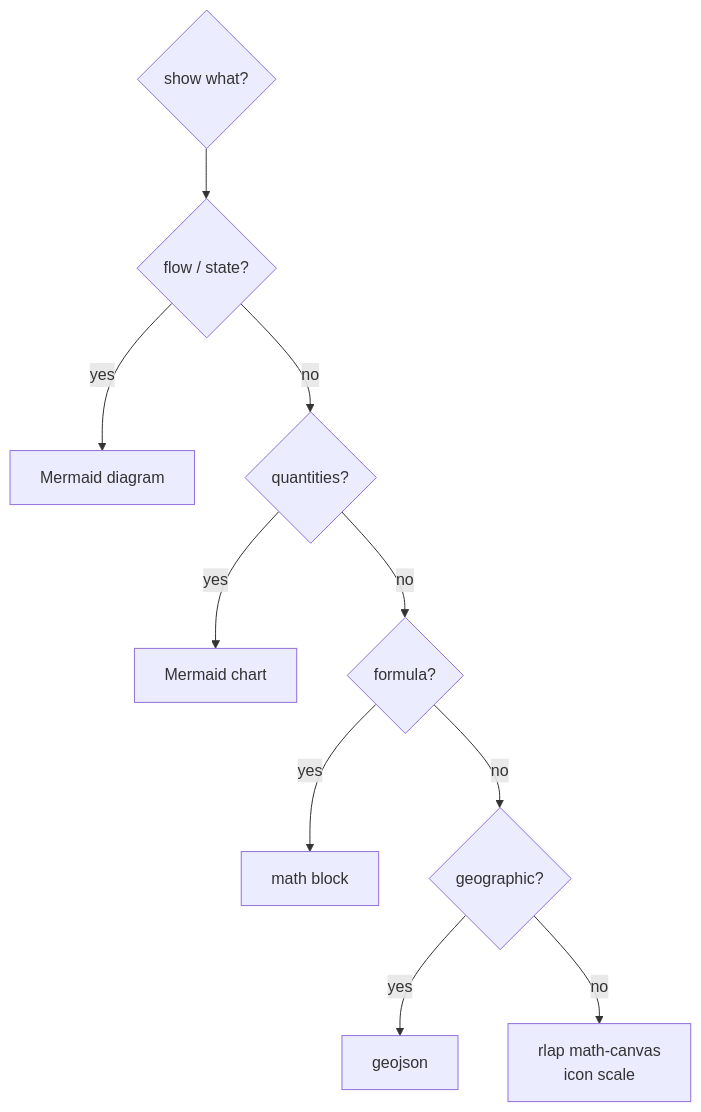
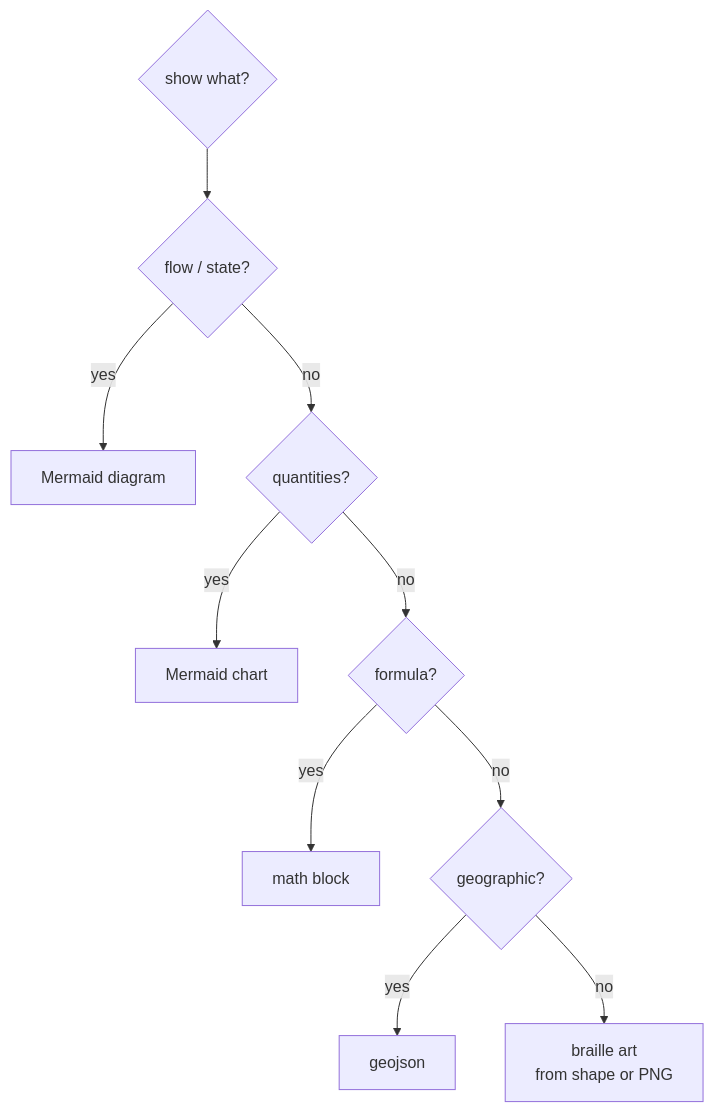
The third of 3 diagrams in sandbox/md-graphics-demo/README.md (whistlegraph/aesthetic-computer), drawn with Mermaid before and after one commit. The commit also changed other lines of this file and 2 other files, not shown here.

First line of the commit message:
sandbox: braille is the working inline 'draw anything' — drop dead math route

````diff
--- a/sandbox/md-graphics-demo/README.md
+++ b/sandbox/md-graphics-demo/README.md
@@ -247,12 +144,12 @@
 ```mermaid
 flowchart TD
   q{show what?} --> d{flow / state?}
   d -->|yes| mer[Mermaid diagram]
   d -->|no| c{quantities?}
   c -->|yes| chart[Mermaid chart]
   c -->|no| f{formula?}
   f -->|yes| math[math block]
   f -->|no| g{geographic?}
   g -->|yes| geo[geojson]
-  g -->|no| canvas[rlap math-canvas\nicon scale]
+  g -->|no| br[braille art\nfrom shape or PNG]
 ```
````
